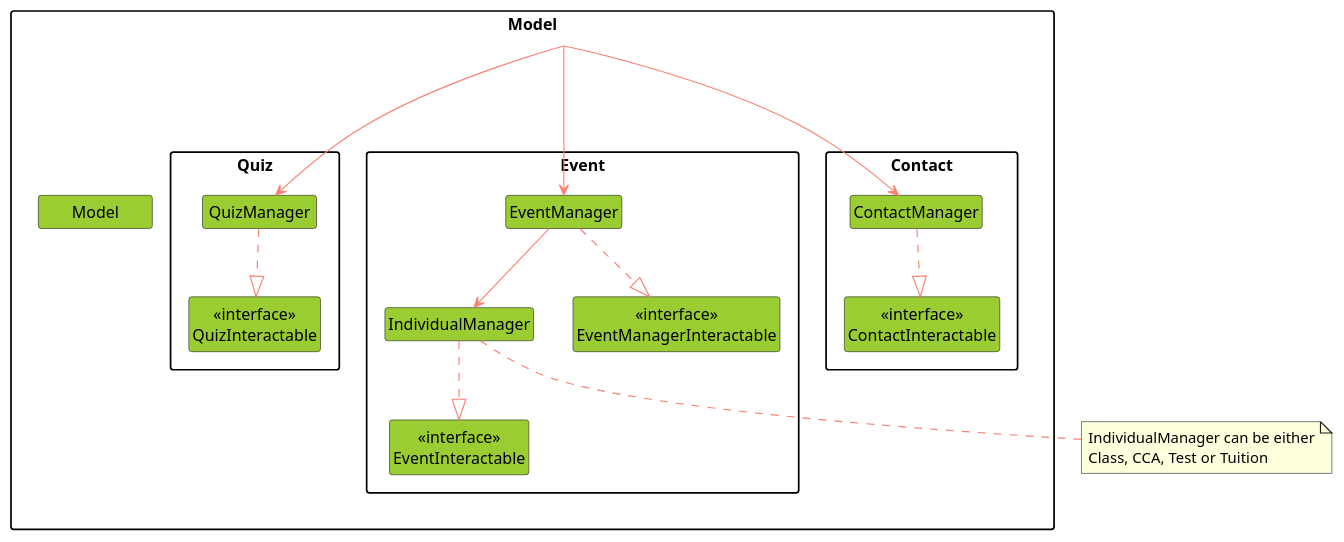
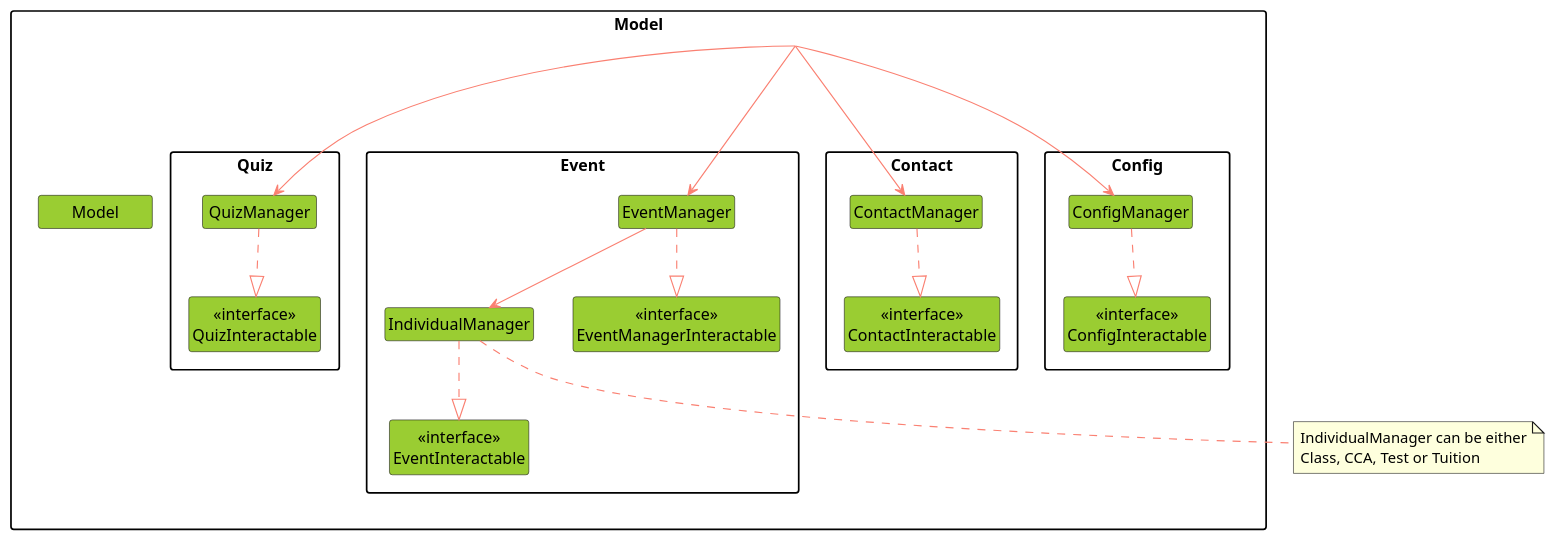
Before and after one commit to untitle4/tp: the diagram in docs/plantuml/ModelComponent.puml, drawn with PlantUML. The commit also changed 9 other files, not shown here.

Commit message:
Update uml diagrams for dg

```diff
--- a/docs/plantuml/ModelComponent.puml
+++ b/docs/plantuml/ModelComponent.puml
@@ -1,80 +1,51 @@
 @startuml
 
 skinparam Shadowing false
 skinparam MinClassWidth 100
 skinparam classBackgroundColor YellowGreen
 skinparam packageStyle rectangle
 skinparam ArrowColor Salmon
 hide circle
 hide members
 
 package Model {
-
-'    class "{abstract}\nModelMain"
-'    class "{abstract}\nModelManager"
-
-'    class "<<interface>>\ninteractable"
-
     class Model
 
     Package Quiz {
-'        class Quiz
         class QuizManager
         class "<<interface>>\nQuizInteractable"
     }
 
     Package Event {
-'        class "{abstract}\nEvent"
         class EventManager
-'        class ClassManager
-'        class Class
-'        class CcaManager
-'        class Cca
-'        class TestManager
-'        class Test
         class IndividualManager
-'        class Tuition
-'        class "{abstract}\nEventDataManager"
         class "<<interface>>\nEventManagerInteractable"
         class "<<interface>>\nEventInteractable"
     }
 
     Package Contact {
-'        class Contact
         class ContactManager
         class "<<interface>>\nContactInteractable"
     }
+
+    Package Config {
+        class ConfigManager
+        class "<<interface>>\nConfigInteractable"
+    }
 }
 
-'"{abstract}\nModelManager" -up-|> "{abstract}\nModelMain"
-'EventManager -up-|> "{abstract}\nModelMain"
-'"{abstract}\nModelManager" ..|> "<<interface>>\ninteractable"
-'"{abstract}\nEventDataManager" -up-|> "{abstract}\nModelManager"
+
 QuizManager ..|> "<<interface>>\nQuizInteractable"
 ContactManager ..|> "<<interface>>\nContactInteractable"
 
 Model ---> ContactManager
 Model ---> EventManager
 Model ---> QuizManager
-'QuizManager --> Quiz
-'ContactManager --> Contact
-'EventManager --> ClassManager
-'EventManager --> CcaManager
-'EventManager --> TestManager
+Model ---> ConfigManager
 EventManager --> IndividualManager
-'ClassManager --> Class
-'CcaManager --> Cca
-'TestManager --> Test
-'TuitionManager --> Tuition
-'Class --|> "{abstract}\nEvent"
-'Cca --|> "{abstract}\nEvent"
-'Test --|> "{abstract}\nEvent"
-'Tuition --|> "{abstract}\nEvent"
-'ContactManager --|> "{abstract}\nModelManager"
-'QuizManager --|> "{abstract}\nModelManager"
-'EventManager --|> "{abstract}\nEventDataManager"
 EventManager ..|> "<<interface>>\nEventManagerInteractable"
 IndividualManager ..|> "<<interface>>\nEventInteractable"
+ConfigManager ..|> "<<interface>>\nConfigInteractable"
 note bottom of IndividualManager : IndividualManager can be either\nClass, CCA, Test or Tuition
 
 @enduml
```
